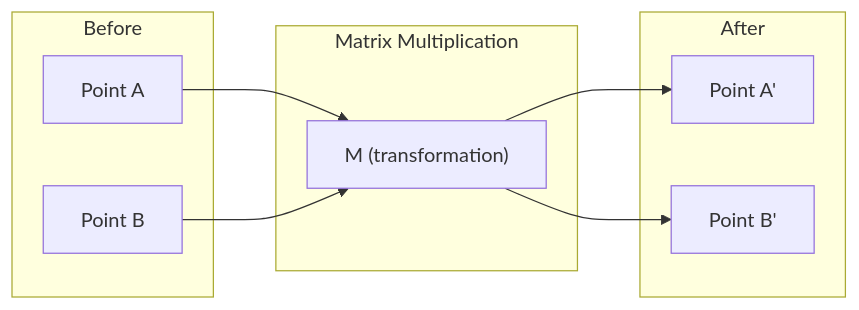
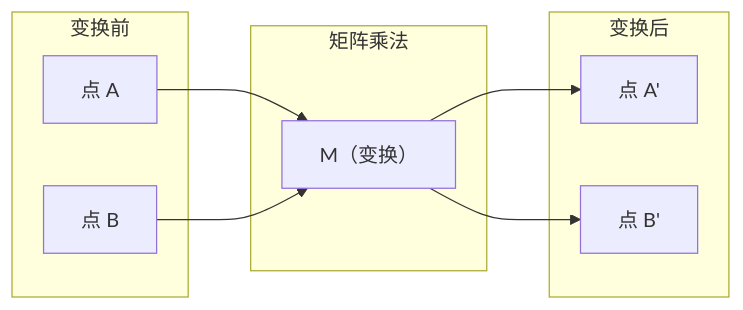
The first of 2 diagrams in phases/01-math-foundations/01-linear-algebra-intuition/docs/zh-CN.md (husky1102/ai-engineering-from-scratch-zh), drawn with Mermaid before and after one commit. The commit also changed other lines of this file, not shown here.

````diff
--- a/phases/01-math-foundations/01-linear-algebra-intuition/docs/zh-CN.md
+++ b/phases/01-math-foundations/01-linear-algebra-intuition/docs/zh-CN.md
@@ -46,18 +46,18 @@
 ```mermaid
 graph LR
-    subgraph Before
-        A["Point A"]
-        B["Point B"]
+    subgraph Before["变换前"]
+        A["点 A"]
+        B["点 B"]
     end
-    subgraph Matrix["Matrix Multiplication"]
-        M["M (transformation)"]
+    subgraph Matrix["矩阵乘法"]
+        M["M（变换）"]
     end
-    subgraph After
-        A2["Point A'"]
-        B2["Point B'"]
+    subgraph After["变换后"]
+        A2["点 A'"]
+        B2["点 B'"]
     end
     A --> M
     B --> M
     M --> A2
     M --> B2
 ```
````
